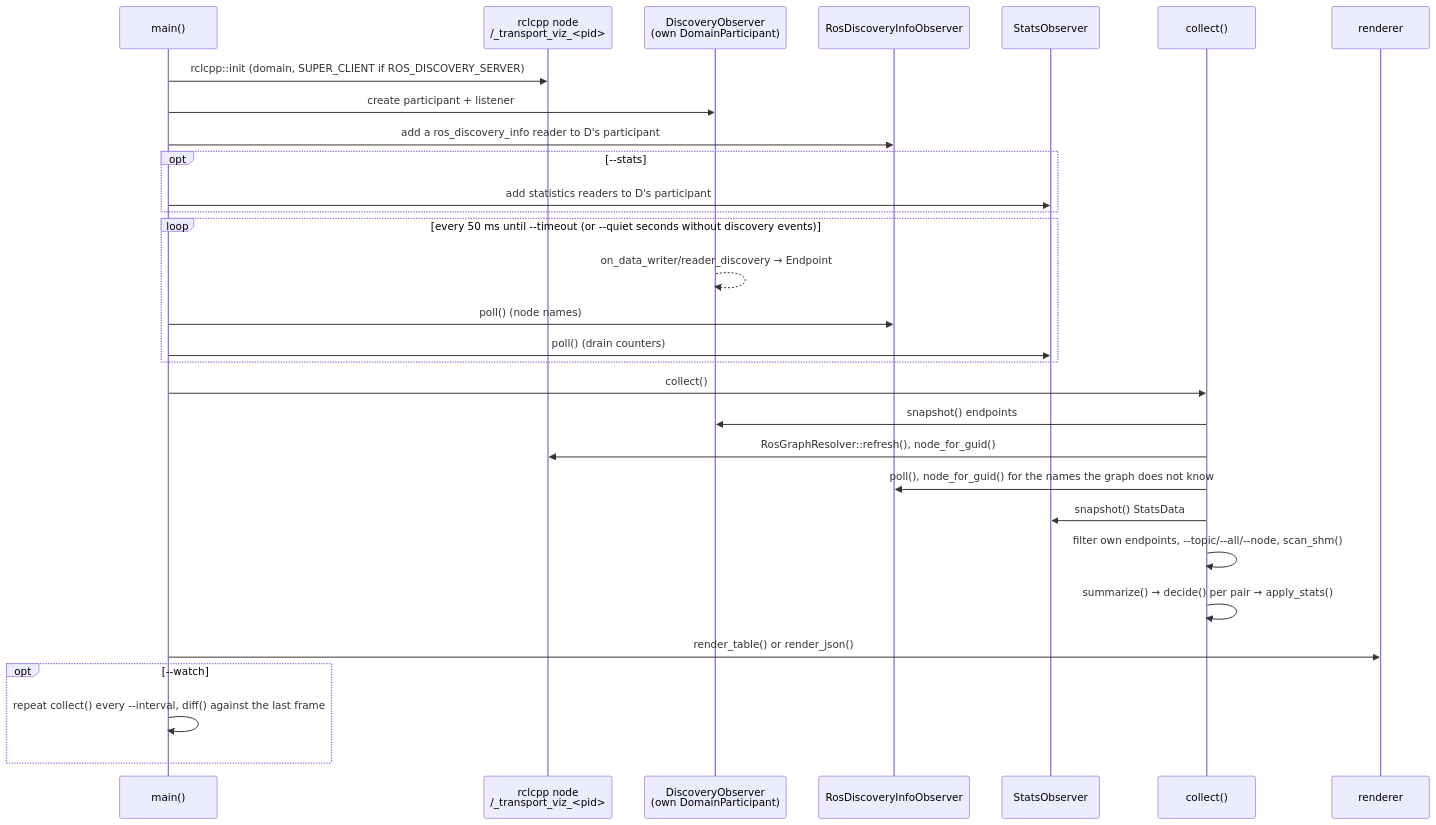
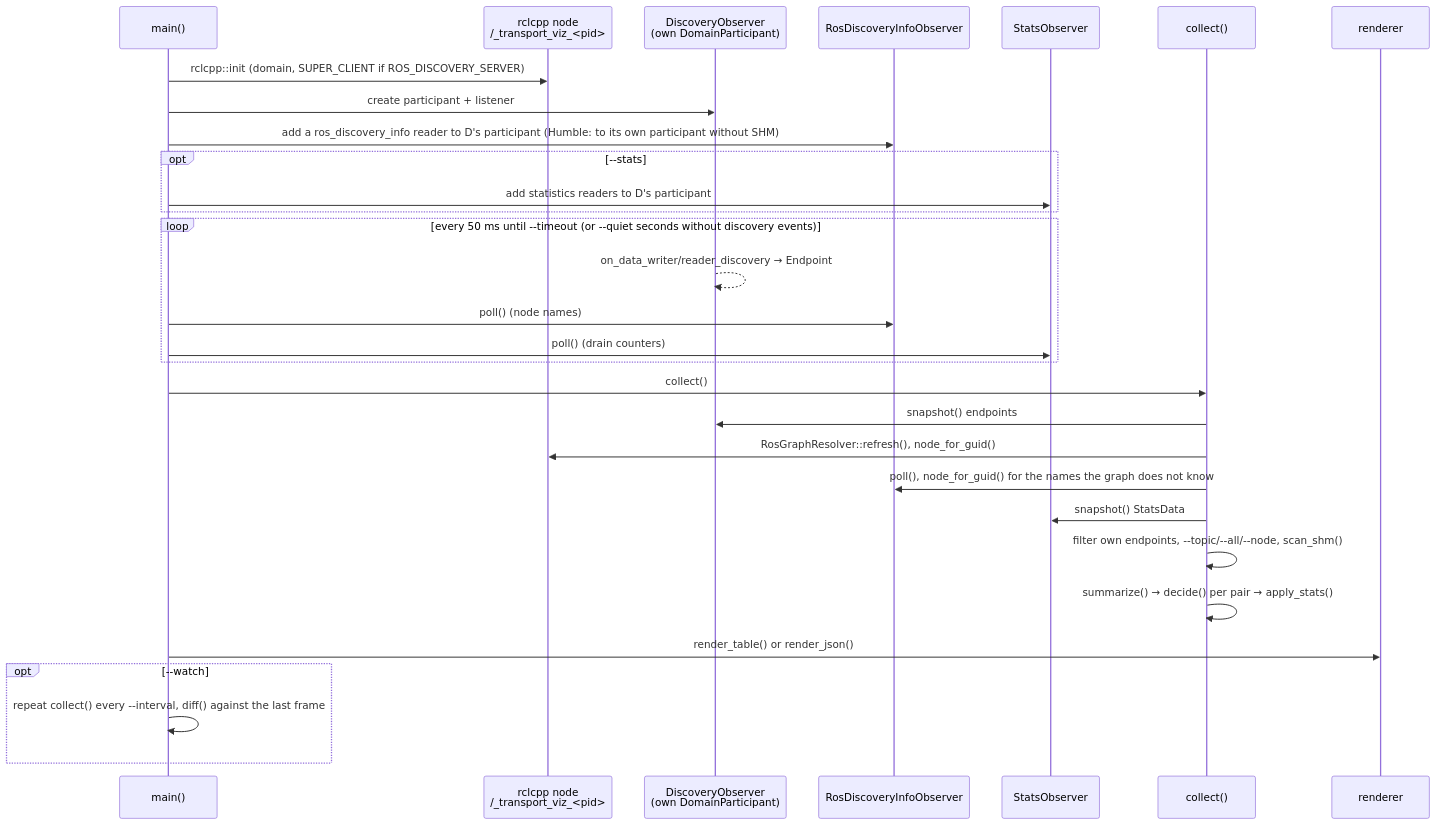
The second of 3 diagrams in docs/architecture.md (atinfinity/fastdds_transport_viz), drawn with Mermaid before and after one commit. The commit also changed other lines of this file and 7 other files, not shown here.

First line of the commit message:
Read ros_discovery_info on a participant without SHM on Humble

````diff
--- a/docs/architecture.md
+++ b/docs/architecture.md
@@ -65,32 +65,32 @@
 ```mermaid
 sequenceDiagram
     participant M as main()
     participant N as rclcpp node<br/>/_transport_viz_<pid>
     participant D as DiscoveryObserver<br/>(own DomainParticipant)
     participant I as RosDiscoveryInfoObserver
     participant S as StatsObserver
     participant C as collect()
     participant R as renderer
     M->>N: rclcpp::init (domain, SUPER_CLIENT if ROS_DISCOVERY_SERVER)
     M->>D: create participant + listener
-    M->>I: add a ros_discovery_info reader to D's participant
+    M->>I: add a ros_discovery_info reader to D's participant (Humble: to its own participant without SHM)
     opt --stats
         M->>S: add statistics readers to D's participant
     end
     loop every 50 ms until --timeout (or --quiet seconds without discovery events)
         D-->>D: on_data_writer/reader_discovery → Endpoint
         M->>I: poll() (node names)
         M->>S: poll() (drain counters)
     end
     M->>C: collect()
     C->>D: snapshot() endpoints
     C->>N: RosGraphResolver::refresh(), node_for_guid()
     C->>I: poll(), node_for_guid() for the names the graph does not know
     C->>S: snapshot() StatsData
     C->>C: filter own endpoints, --topic/--all/--node, scan_shm()
     C->>C: summarize() → decide() per pair → apply_stats()
     M->>R: render_table() or render_json()
     opt --watch
         M->>M: repeat collect() every --interval, diff() against the last frame
     end
 ```
````
